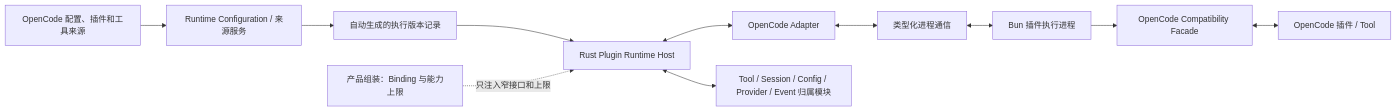
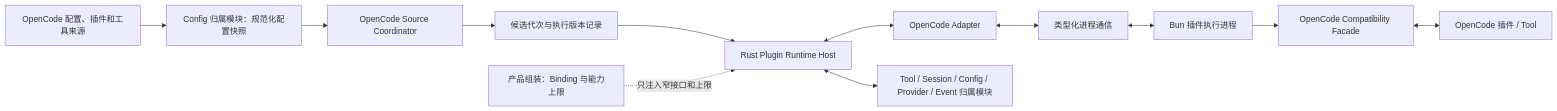
The diagram in docs/architecture/extensions/opencode-plugin-runtime-adapter-design.md (1688mengdie/BitFun), drawn with Mermaid before and after one commit. The commit also changed other lines of this file and 15 other files, not shown here.

Commit message:
docs(architecture): resolve OpenCode compatibility review gaps

````diff
--- a/docs/architecture/extensions/opencode-plugin-runtime-adapter-design.md
+++ b/docs/architecture/extensions/opencode-plugin-runtime-adapter-design.md
@@ -41,25 +41,27 @@
 ```mermaid
 flowchart LR
   Sources["OpenCode 配置、插件和工具来源"]
-  SourceService["Runtime Configuration / 来源服务"]
-  Snapshot["自动生成的执行版本记录"]
+  ConfigOwner["Config 归属模块：规范化配置快照"]
+  Coordinator["OpenCode Source Coordinator"]
+  Snapshot["候选代次与执行版本记录"]
   Assembly["产品组装：Binding 与能力上限"]
   Host["Rust Plugin Runtime Host"]
   Adapter["OpenCode Adapter"]
   Bridge["类型化进程通信"]
   Worker["Bun 插件执行进程"]
   Facade["OpenCode Compatibility Facade"]
   Plugin["OpenCode 插件 / Tool"]
   Owners["Tool / Session / Config / Provider / Event 归属模块"]
 
-  Sources --> SourceService
-  SourceService --> Snapshot
+  Sources --> ConfigOwner
+  ConfigOwner --> Coordinator
+  Coordinator --> Snapshot
   Snapshot --> Host
   Assembly -. "只注入窄接口和上限" .-> Host
   Host <--> Adapter
   Adapter <--> Bridge
   Bridge <--> Worker
   Worker --> Facade
   Facade <--> Plugin
   Host <--> Owners
 ```
````
